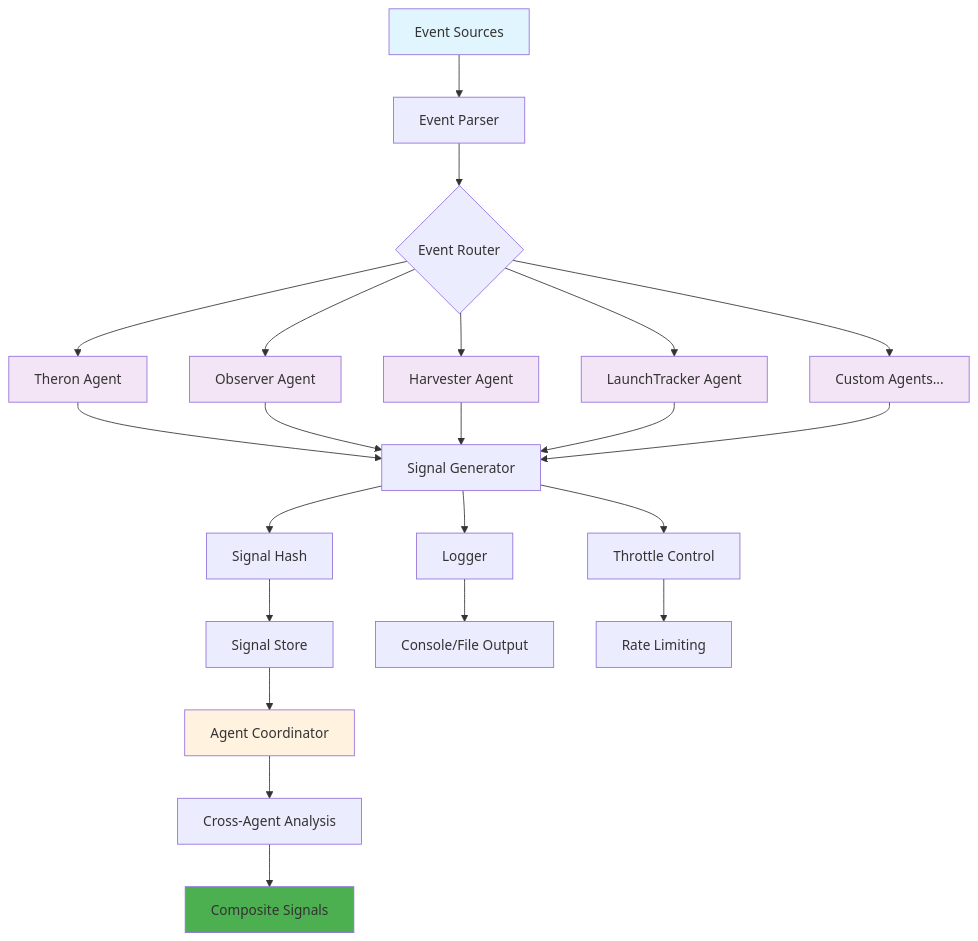
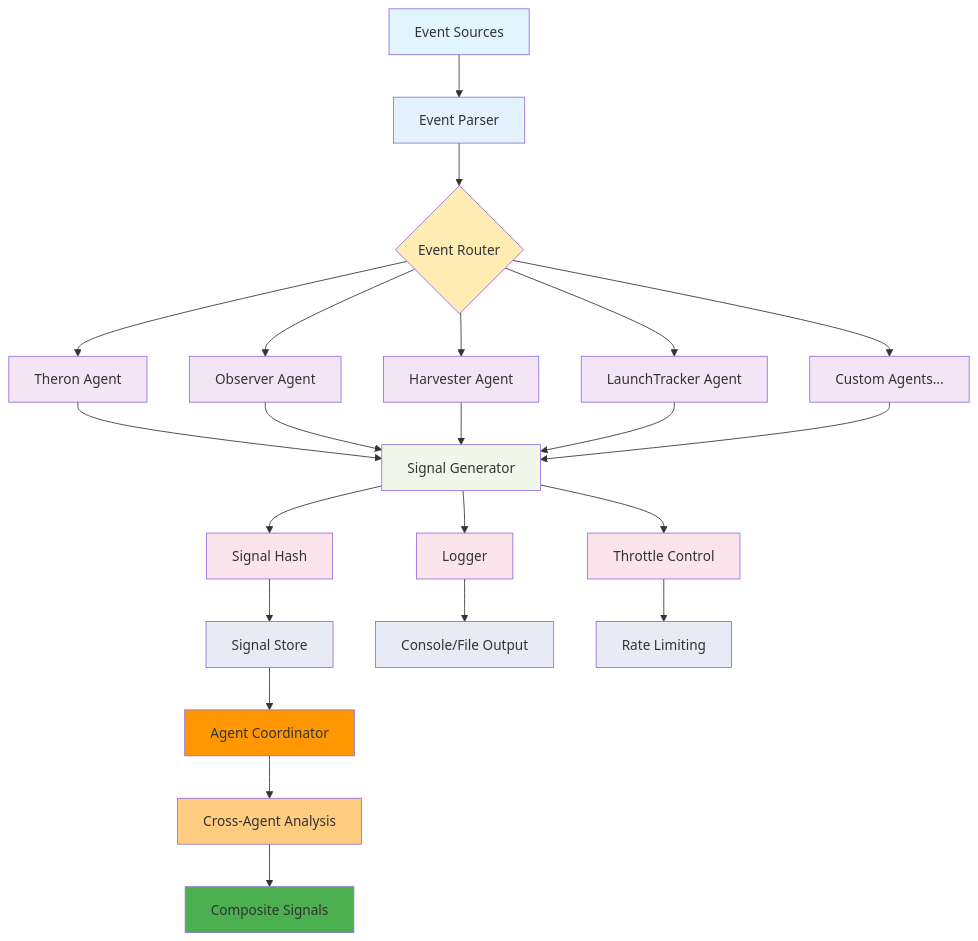
The diagram in README.md (EremosCore/Eremos), drawn with Mermaid before and after one commit.

Commit message:
Architecture restructure for agent coordination

````diff
--- a/README.md
+++ b/README.md
@@ -66,38 +66,48 @@
 ```mermaid
 graph TD
     A[Event Sources] --> B[Event Parser]
     B --> C{Event Router}
     
     C --> D[Theron Agent]
     C --> E[Observer Agent]
     C --> F[Harvester Agent]
     C --> G[LaunchTracker Agent]
     C --> H[Custom Agents...]
     
     D --> I[Signal Generator]
     E --> I
     F --> I
     G --> I
     H --> I
     
     I --> J[Signal Hash]
     I --> K[Logger]
     I --> L[Throttle Control]
     
     J --> M[Signal Store]
     K --> N[Console/File Output]
     L --> O[Rate Limiting]
     
     M --> P[Agent Coordinator]
     P --> Q[Cross-Agent Analysis]
     Q --> R[Composite Signals]
     
     style A fill:#e1f5fe
+    style B fill:#e3f2fd
+    style C fill:#ffecb3
     style D fill:#f3e5f5
     style E fill:#f3e5f5
     style F fill:#f3e5f5
     style G fill:#f3e5f5
     style H fill:#f3e5f5
-    style P fill:#fff3e0
+    style I fill:#f1f8e9
+    style J fill:#fce4ec
+    style K fill:#fce4ec
+    style L fill:#fce4ec
+    style M fill:#e8eaf6
+    style N fill:#e8eaf6
+    style O fill:#e8eaf6
+    style P fill:#ff9800
+    style Q fill:#ffcc80
     style R fill:#4caf50
 ```
````
